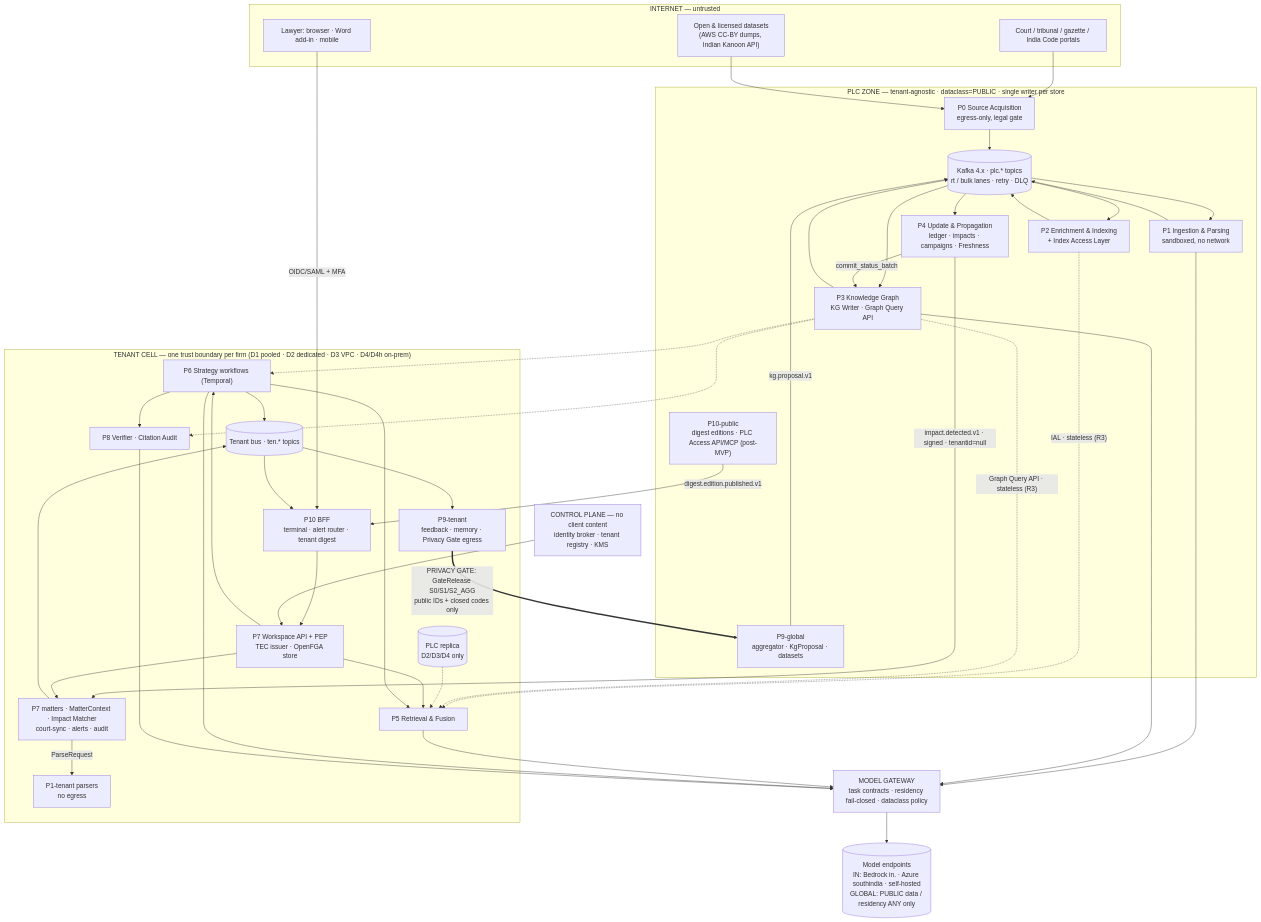
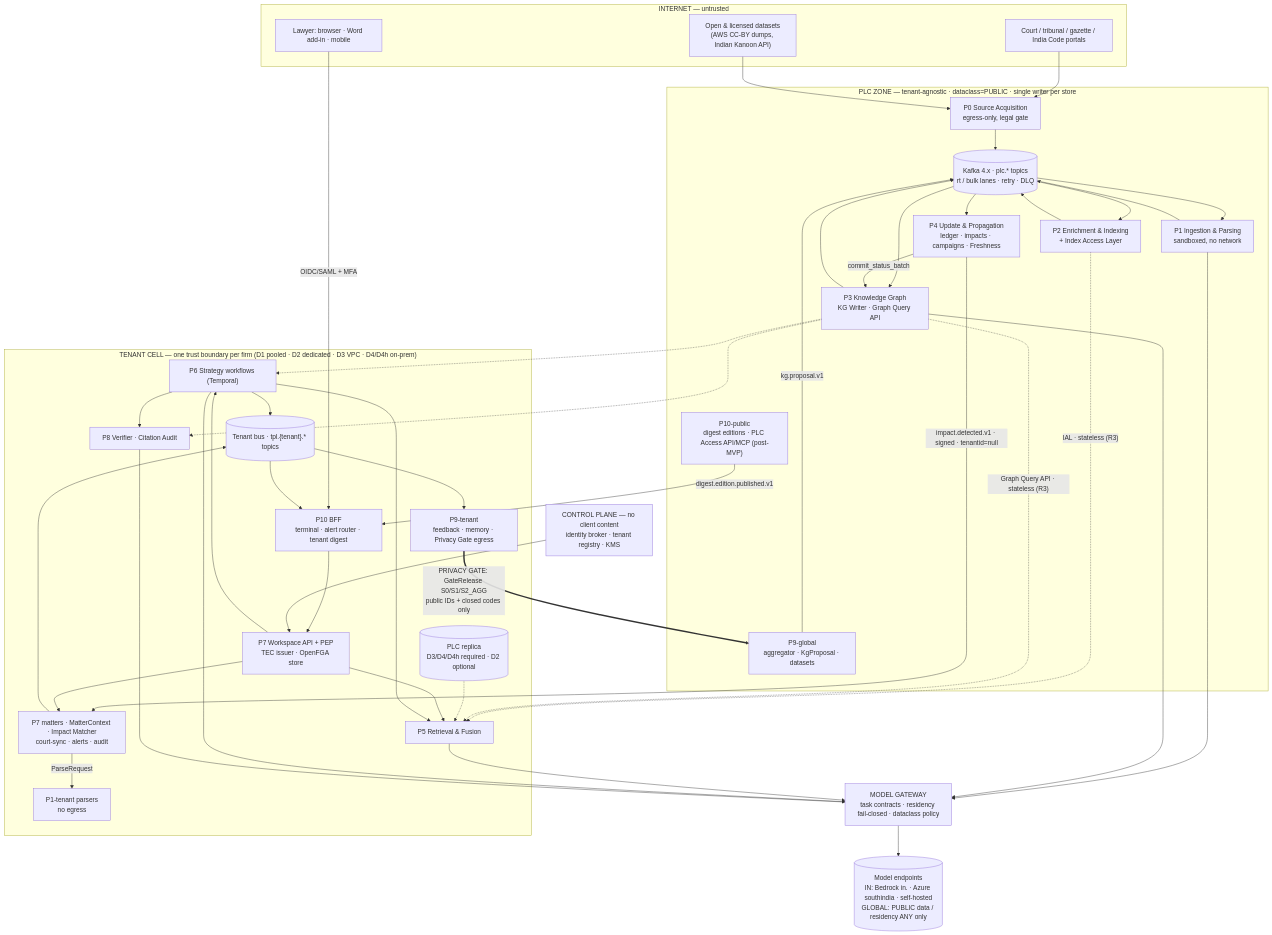
One commit to arukh281/legal changed the first of 7 diagrams in docs/01_master_architecture.md. Above: the diagram before and after it, drawn with Mermaid. The commit also changed other lines of this file and 17 other files, not shown here.

First line of the commit message:
docs: final-pass fixes for P7/P9/P10, cross-cutting, teardown, roadmap, risks, bibliography

````diff
--- a/docs/01_master_architecture.md
+++ b/docs/01_master_architecture.md
@@ -87,74 +88,74 @@
 ```mermaid
 flowchart TB
   subgraph EXT["INTERNET — untrusted"]
     SRC["Court / tribunal / gazette / India Code portals"]
     OPEN["Open & licensed datasets<br/>(AWS CC-BY dumps, Indian Kanoon API)"]
     USR["Lawyer: browser · Word add-in · mobile"]
   end
 
   subgraph PLCZ["PLC ZONE — tenant-agnostic · dataclass=PUBLIC · single writer per store"]
     P0["P0 Source Acquisition<br/>egress-only, legal gate"]
     P1["P1 Ingestion & Parsing<br/>sandboxed, no network"]
     P2["P2 Enrichment & Indexing<br/>+ Index Access Layer"]
     P3["P3 Knowledge Graph<br/>KG Writer · Graph Query API"]
     P4["P4 Update & Propagation<br/>ledger · impacts · campaigns · Freshness"]
     P9G["P9-global<br/>aggregator · KgProposal · datasets"]
     P10P["P10-public<br/>digest editions · PLC Access API/MCP (post-MVP)"]
     BUS[("Kafka 4.x · plc.* topics<br/>rt / bulk lanes · retry · DLQ")]
   end
 
   subgraph CELL["TENANT CELL — one trust boundary per firm (D1 pooled · D2 dedicated · D3 VPC · D4/D4h on-prem)"]
     PEP["P7 Workspace API + PEP<br/>TEC issuer · OpenFGA store"]
     P1T["P1-tenant parsers<br/>no egress"]
     P7["P7 matters · MatterContext · Impact Matcher<br/>court-sync · alerts · audit"]
     P5["P5 Retrieval & Fusion"]
     P6["P6 Strategy workflows (Temporal)"]
     P8["P8 Verifier · Citation Audit"]
     P9T["P9-tenant<br/>feedback · memory · Privacy Gate egress"]
     P10T["P10 BFF<br/>terminal · alert router · tenant digest"]
-    TBUS[("Tenant bus · ten.* topics")]
-    REPL[("PLC replica<br/>D2/D3/D4 only")]
+    TBUS[("Tenant bus · tpl.{tenant}.* topics")]
+    REPL[("PLC replica<br/>D3/D4/D4h required · D2 optional")]
   end
 
   GW["MODEL GATEWAY<br/>task contracts · residency fail-closed · dataclass policy"]
   LLM[("Model endpoints<br/>IN: Bedrock in. · Azure southindia · self-hosted<br/>GLOBAL: PUBLIC data / residency ANY only")]
   CP["CONTROL PLANE — no client content<br/>identity broker · tenant registry · KMS"]
 
   SRC --> P0
   OPEN --> P0
   P0 --> BUS --> P1 --> BUS
   BUS --> P2
   BUS --> P3
   BUS --> P4
   P3 --> BUS
   P2 --> BUS
   P4 -- "commit_status_batch" --> P3
   P4 -- "impact.detected.v1 · signed · tenantid=null" --> P7
   P2 -. "IAL · stateless (R3)" .-> P5
   P3 -. "Graph Query API · stateless (R3)" .-> P5
   P3 -.-> P6
   P3 -.-> P8
   REPL -.-> P5
   USR -- "OIDC/SAML + MFA" --> P10T
   P10T --> PEP
   PEP --> P7
   PEP --> P5
   PEP --> P6
   P7 -- "ParseRequest" --> P1T
   P6 --> P5
   P6 --> P8
   P7 --> TBUS
   P6 --> TBUS
   TBUS --> P10T
   TBUS --> P9T
   P1 --> GW
   P3 --> GW
   P5 --> GW
   P6 --> GW
   P8 --> GW
   GW --> LLM
   P9T == "PRIVACY GATE: GateRelease S0/S1/S2_AGG<br/>public IDs + closed codes only" ==> P9G
   P9G -- "kg.proposal.v1" --> BUS
   P10P -- "digest.edition.published.v1" --> P10T
   CP --> PEP
 ```
````
